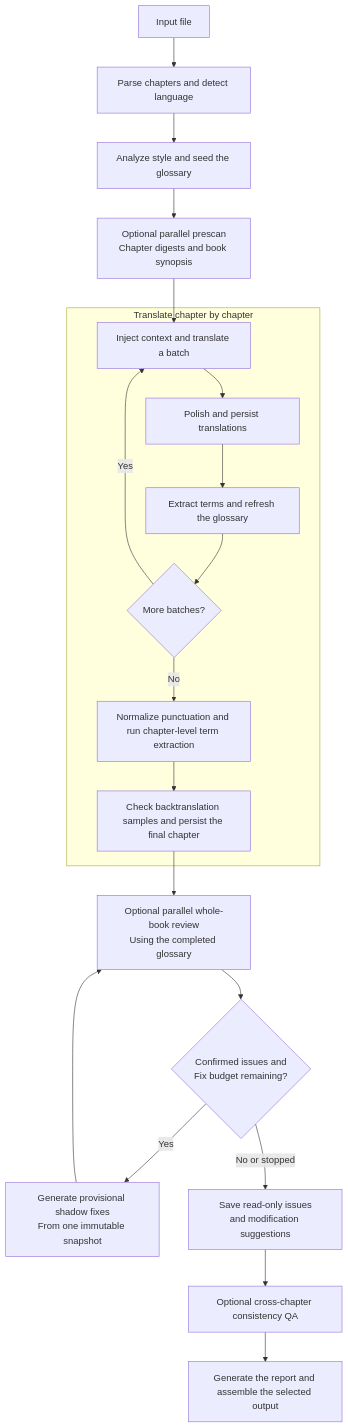
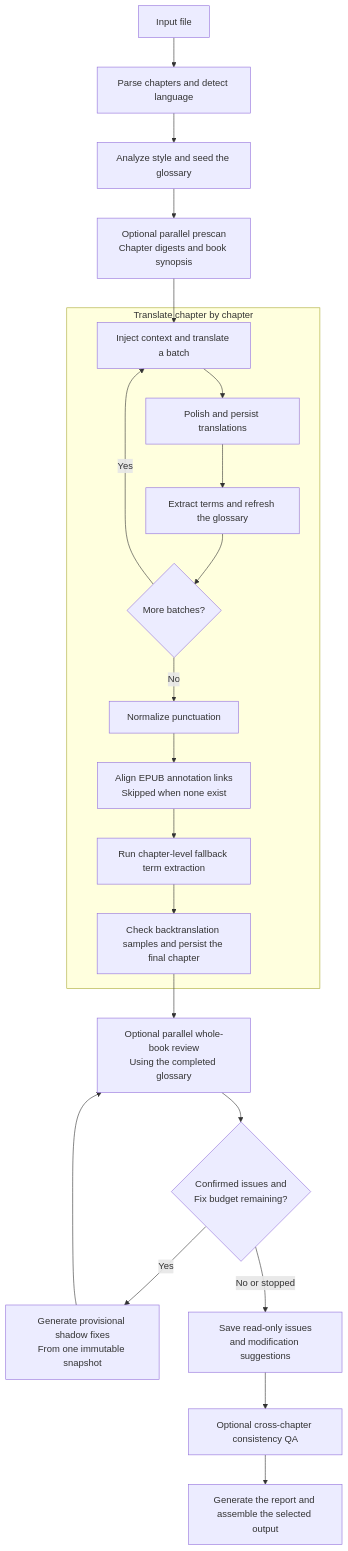
One commit to BigDawnGhost/wenyi changed the diagram in README.md. Above: the diagram before and after it, drawn with Mermaid. The commit also changed 16 other files, not shown here.

Commit message:
feat: preserve EPUB annotation links

````diff
--- a/README.md
+++ b/README.md
@@ -163,25 +163,27 @@
 ```mermaid
 flowchart TD
     A[Input file] --> B[Parse chapters and detect language]
     B --> C[Analyze style and seed the glossary]
     C --> D[Optional parallel prescan<br/>Chapter digests and book synopsis]
     D --> E
 
     subgraph T[Translate chapter by chapter]
         E[Inject context and translate a batch]
         E --> F[Polish and persist translations]
         F --> G[Extract terms and refresh the glossary]
         G --> H{More batches?}
         H -- Yes --> E
-        H -- No --> I[Normalize punctuation and run chapter-level term extraction]
-        I --> J[Check backtranslation samples and persist the final chapter]
+        H -- No --> I[Normalize punctuation]
+        I --> IA[Align EPUB annotation links<br/>Skipped when none exist]
+        IA --> IB[Run chapter-level fallback term extraction]
+        IB --> J[Check backtranslation samples and persist the final chapter]
     end
 
     J --> K[Optional parallel whole-book review<br/>Using the completed glossary]
     K --> N{Confirmed issues and<br/>Fix budget remaining?}
     N -- Yes --> O[Generate provisional shadow fixes<br/>From one immutable snapshot]
     O --> K
     N -- No or stopped --> P[Save read-only issues<br/>and modification suggestions]
     P --> L[Optional cross-chapter consistency QA]
     L --> M[Generate the report and assemble the selected output]
 ```
````
